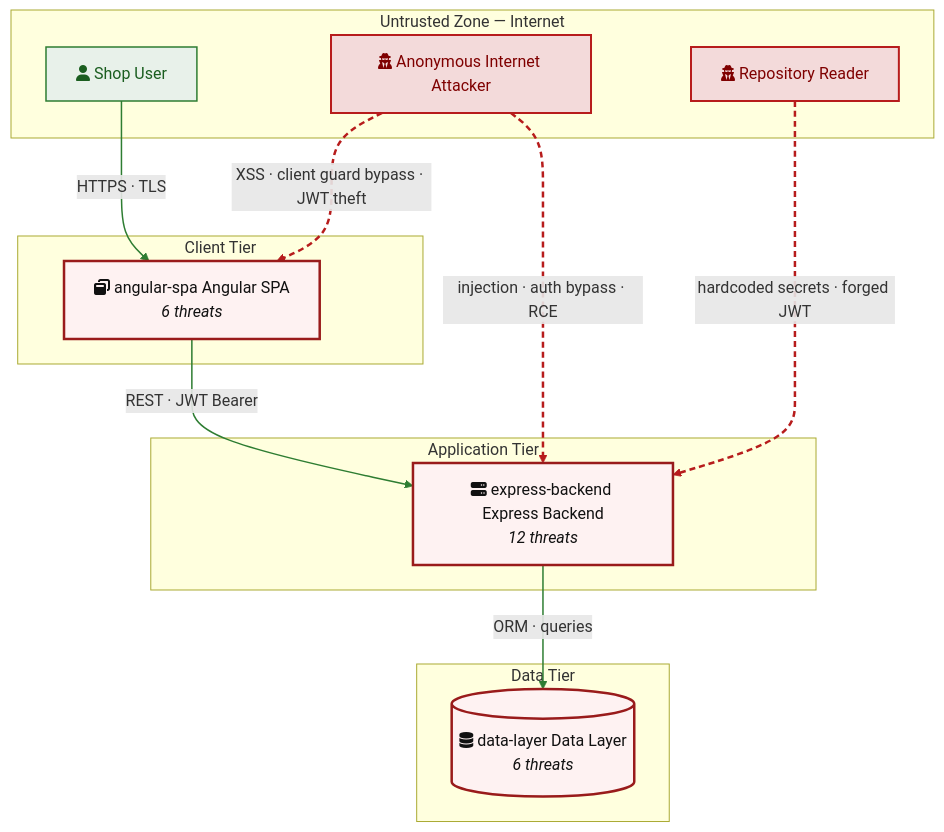
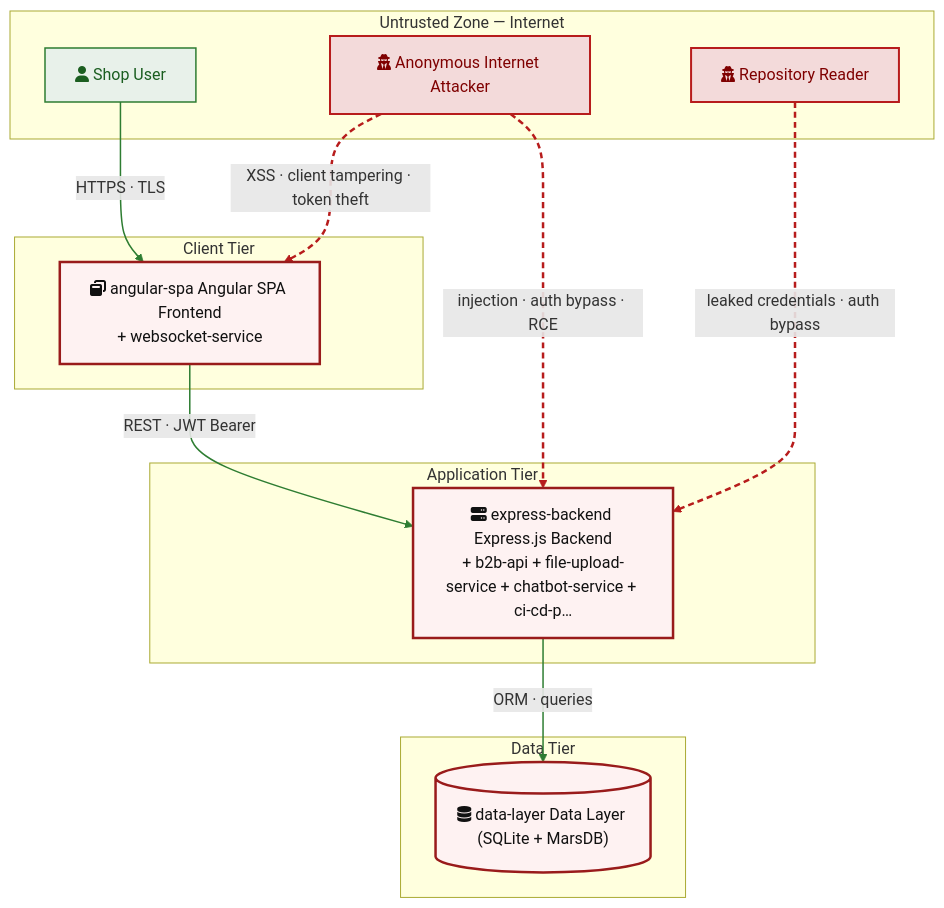
Before and after one commit to appsec-foundry/appsec-analyzer: the diagram in README.md, drawn with Mermaid. The commit also changed other lines of this file and 2 other files, not shown here.

````diff
--- a/README.md
+++ b/README.md
@@ -145,30 +143,30 @@
 ```mermaid
 flowchart TD
     subgraph EXT["Untrusted Zone — Internet"]
         INTERNET_ANON["fa:fa-user-secret Anonymous Internet Attacker"]:::threat
         VICTIM_REQUIRED["fa:fa-user Shop User"]:::legit
         REPO_READ["fa:fa-user-secret Repository Reader"]:::threat
     end
     subgraph CLIENT["Client Tier"]
-        angular_spa["fa:fa-window-restore angular-spa Angular SPA<br/><i>6 threats</i>"]:::risk
+        angular_spa["fa:fa-window-restore angular-spa Angular SPA Frontend<br/>+ websocket-service"]:::risk
     end
     subgraph APP["Application Tier"]
-        express_backend["fa:fa-server express-backend Express Backend<br/><i>12 threats</i>"]:::risk
+        express_backend["fa:fa-server express-backend Express.js Backend<br/>+ b2b-api + file-upload-service + chatbot-service + ci-cd-p…"]:::risk
     end
     subgraph DATA["Data Tier"]
-        data_layer[("fa:fa-database data-layer Data Layer<br/><i>6 threats</i>")]:::risk
+        data_layer[("fa:fa-database data-layer Data Layer (SQLite + MarsDB)")]:::risk
     end
     VICTIM_REQUIRED -->|"HTTPS · TLS"| angular_spa
     angular_spa -->|"REST · JWT Bearer"| express_backend
     express_backend -->|"ORM · queries"| data_layer
     INTERNET_ANON -.->|"injection · auth bypass · RCE"| express_backend
-    INTERNET_ANON -.->|"XSS · client guard bypass · JWT theft"| angular_spa
-    REPO_READ -.->|"hardcoded secrets · forged JWT"| express_backend
+    INTERNET_ANON -.->|"XSS · client tampering · token theft"| angular_spa
+    REPO_READ -.->|"leaked credentials · auth bypass"| express_backend
 
     classDef legit fill:#e8f1ea,stroke:#2e7d32,color:#1b5e20,stroke-width:1.5px
     classDef threat fill:#f3dada,stroke:#b71c1c,color:#7f0000,stroke-width:2px
     classDef external fill:#f2f2f2,stroke:#424242,color:#212121,stroke-width:1.5px
     classDef risk fill:#fef2f2,stroke:#991b1b,color:#111,stroke-width:2.5px
     linkStyle 0,1,2 stroke:#2e7d32,stroke-width:1.5px
     linkStyle 3,4,5 stroke:#b71c1c,stroke-width:2.5px,stroke-dasharray:6 4
 ```
````
